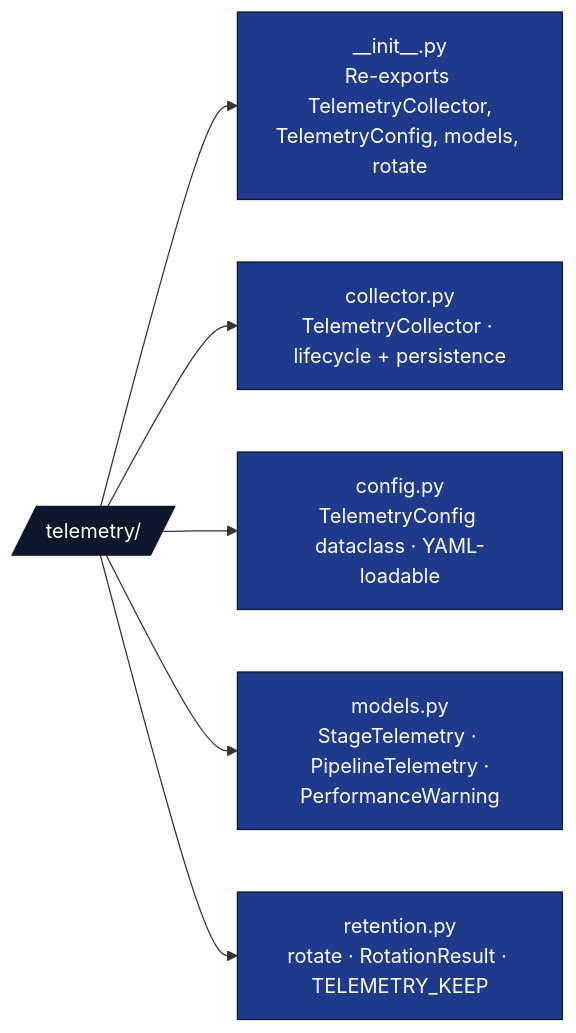
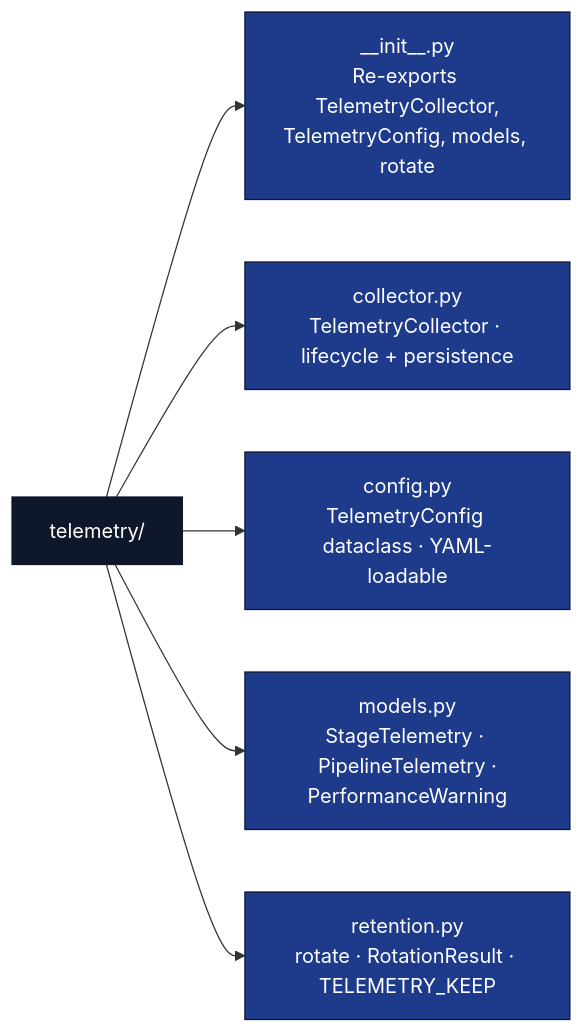
One commit to docxology/template changed the diagram in infrastructure/core/telemetry/AGENTS.md. Above: the diagram before and after it, drawn with Mermaid. The commit also changed 94 other files, not shown here.

````diff
--- a/infrastructure/core/telemetry/AGENTS.md
+++ b/infrastructure/core/telemetry/AGENTS.md
@@ -9,14 +9,14 @@
 ```mermaid
 flowchart LR
-    TEL[/telemetry//]
+    TEL[telemetry/]
     TEL --> INIT[__init__.py<br/>Re-exports TelemetryCollector,<br/>TelemetryConfig, models, rotate]
     TEL --> COL[collector.py<br/>TelemetryCollector · lifecycle + persistence]
     TEL --> CFG[config.py<br/>TelemetryConfig dataclass · YAML-loadable]
     TEL --> MOD[models.py<br/>StageTelemetry · PipelineTelemetry ·<br/>PerformanceWarning]
     TEL --> RET[retention.py<br/>rotate · RotationResult · TELEMETRY_KEEP]
 
     classDef d fill:#0f172a,stroke:#0f172a,color:#fff
     classDef code fill:#1e3a8a,stroke:#0f172a,color:#fff
     class TEL d
     class INIT,COL,CFG,MOD,RET code
 ```
````
